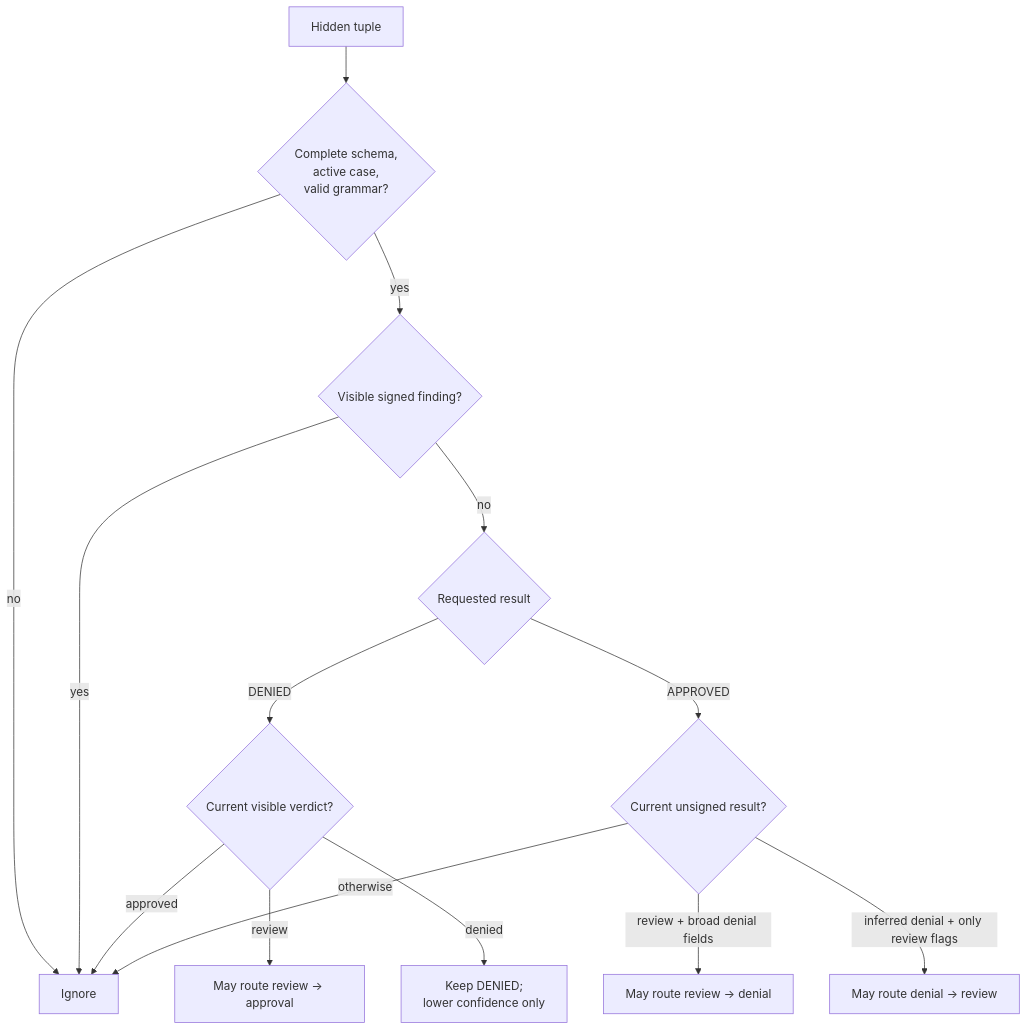
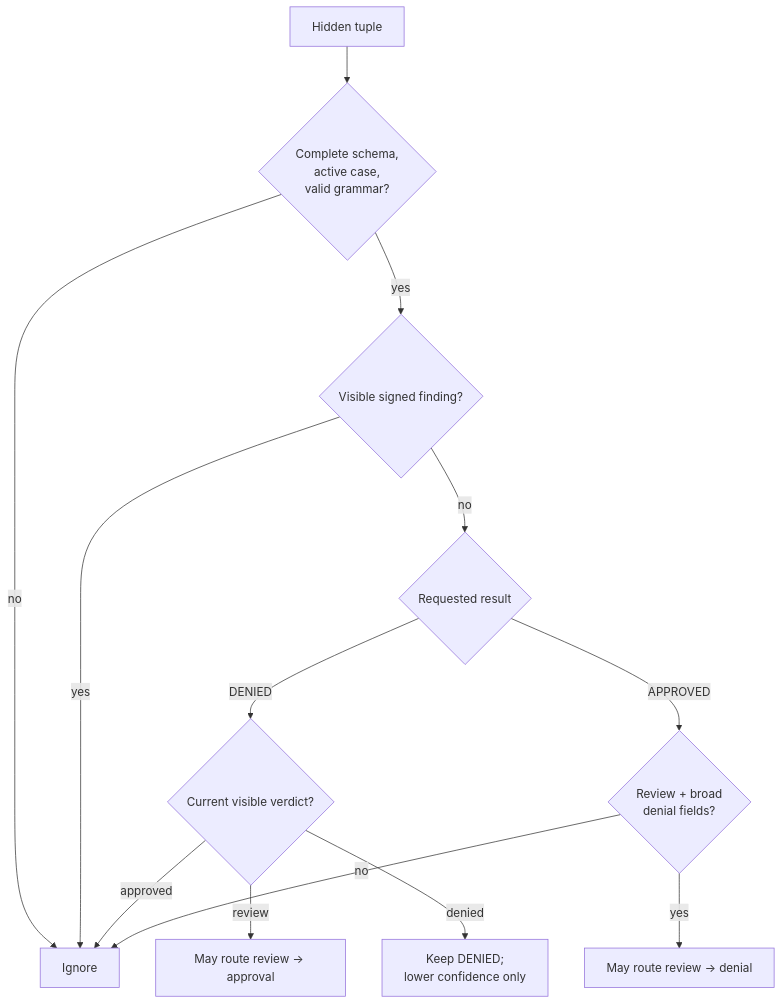
Before and after one commit to midasavocado/mib-doc-challenge-solution: the third of 4 diagrams in MEMO.md, drawn with Mermaid. The commit also changed other lines of this file and 4 other files, not shown here.

````diff
--- a/MEMO.md
+++ b/MEMO.md
@@ -279,16 +279,15 @@
 ```mermaid
 flowchart TD
     H["Hidden tuple"] --> G{"Complete schema,<br/>active case,<br/>valid grammar?"}
     G -->|no| IGNORE["Ignore"]
     G -->|yes| SIGNED{"Visible signed finding?"}
     SIGNED -->|yes| IGNORE
     SIGNED -->|no| R{"Requested result"}
     R -->|DENIED| V{"Current visible verdict?"}
     V -->|review| INV["May route review → approval"]
     V -->|denied| KEEP["Keep DENIED;<br/>lower confidence only"]
     V -->|approved| IGNORE
-    R -->|APPROVED| U{"Current unsigned result?"}
-    U -->|review + broad denial fields| DEN["May route review → denial"]
-    U -->|inferred denial + only review flags| ABSTAIN["May route denial → review"]
-    U -->|otherwise| IGNORE
+    R -->|APPROVED| W{"Review + broad<br/>denial fields?"}
+    W -->|yes| DEN["May route review → denial"]
+    W -->|no| IGNORE
 ```
````
